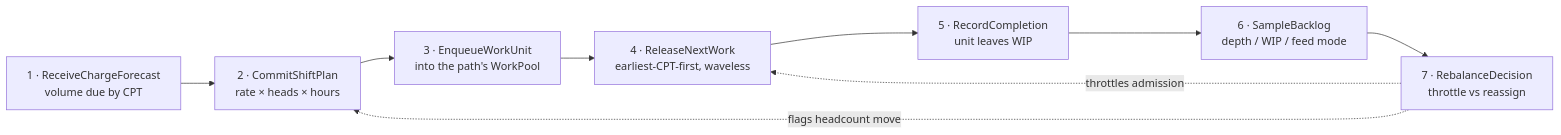
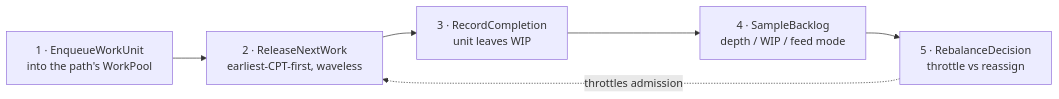
The diagram in docs/docs/overview/what-it-does.md (IQVO/wes-work-planning), drawn with Mermaid before and after one commit. The commit also changed other lines of this file and 6 other files, not shown here.

````diff
--- a/docs/docs/overview/what-it-does.md
+++ b/docs/docs/overview/what-it-does.md
@@ -23,11 +28,9 @@
 ```mermaid
 flowchart LR
-    A["1 · ReceiveChargeForecast<br/>volume due by CPT"] --> B["2 · CommitShiftPlan<br/>rate × heads × hours"]
-    B --> C["3 · EnqueueWorkUnit<br/>into the path's WorkPool"]
-    C --> D["4 · ReleaseNextWork<br/>earliest-CPT-first, waveless"]
-    D --> E["5 · RecordCompletion<br/>unit leaves WIP"]
-    E --> F["6 · SampleBacklog<br/>depth / WIP / feed mode"]
-    F --> G["7 · RebalanceDecision<br/>throttle vs reassign"]
+    C["1 · EnqueueWorkUnit<br/>into the path's WorkPool"]
+    C --> D["2 · ReleaseNextWork<br/>earliest-CPT-first, waveless"]
+    D --> E["3 · RecordCompletion<br/>unit leaves WIP"]
+    E --> F["4 · SampleBacklog<br/>depth / WIP / feed mode"]
+    F --> G["5 · RebalanceDecision<br/>throttle vs reassign"]
     G -. throttles admission .-> D
-    G -. flags headcount move .-> B
 ```
````
